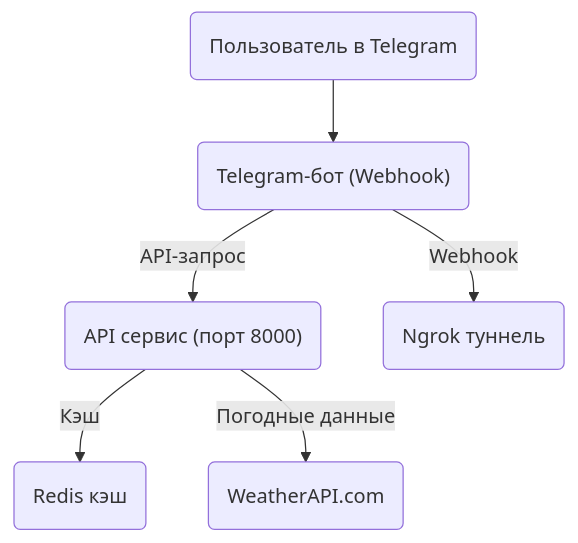
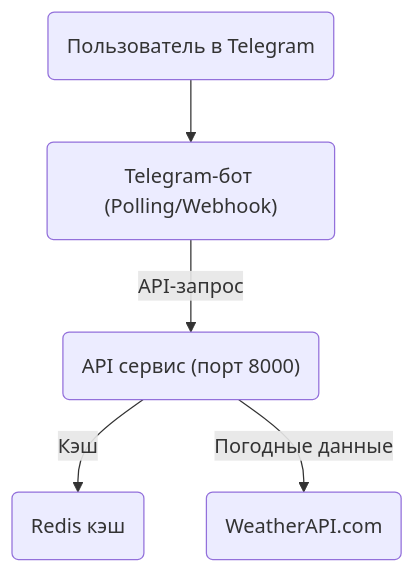
One commit to Chipekve/weather-api-service changed the diagram in README.md. Above: the diagram before and after it, drawn with Mermaid. The commit also changed other lines of this file and 3 other files, not shown here.

````diff
--- a/README.md
+++ b/README.md
@@ -3,8 +3,7 @@
 ```mermaid
 graph TD
-    User("Пользователь в Telegram") --> Bot("Telegram-бот (Webhook)")
+    User("Пользователь в Telegram") --> Bot("Telegram-бот (Polling/Webhook)")
     Bot -->|"API-запрос"| API("API сервис (порт 8000)")
     API -->|"Кэш"| Redis("Redis кэш")
     API -->|"Погодные данные"| WeatherAPI("WeatherAPI.com")
-    Bot -->|"Webhook"| Ngrok("Ngrok туннель")
 ```
````
